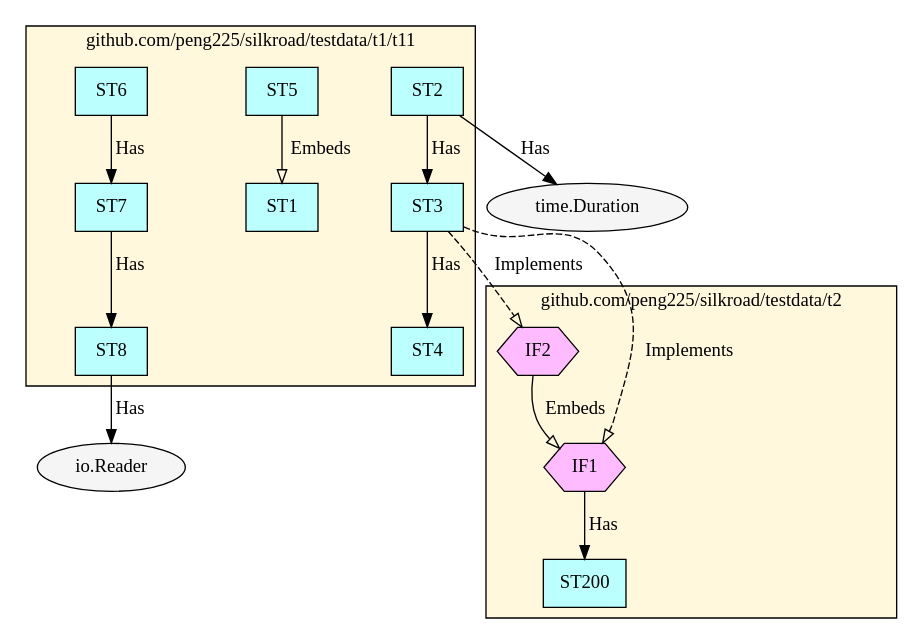
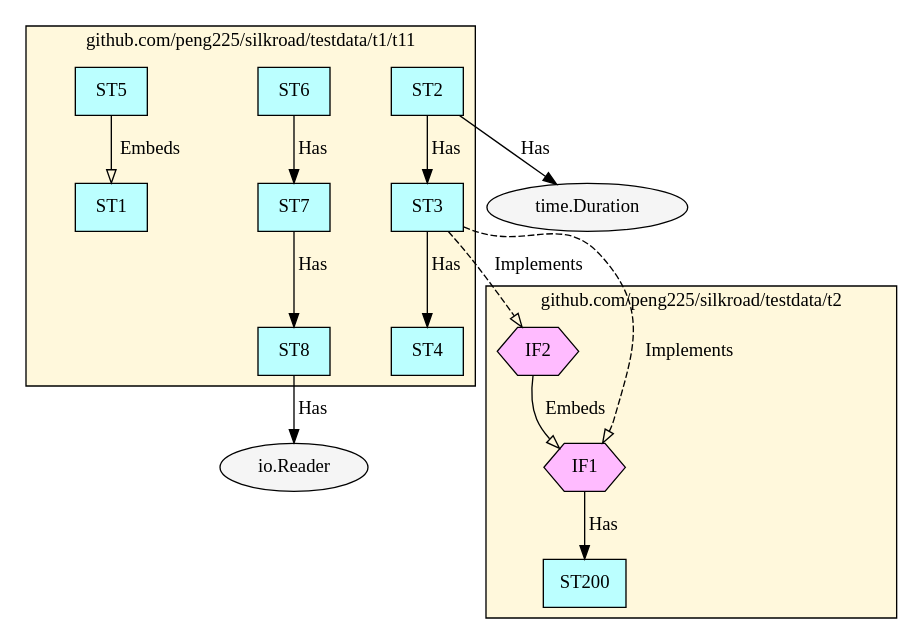
The diagram in test3.dot (peng225/silkroad), drawn with Graphviz before and after one commit. The commit also changed other lines of this file and 5 other files, not shown here.

```diff
--- a/test3.dot
+++ b/test3.dot
@@ -1,35 +1,35 @@
 digraph G {
 node[style="filled" fillcolor="whitesmoke"]
 subgraph cluster_github_com_peng225_silkroad_testdata_t2 {
   label = "github.com/peng225/silkroad/testdata/t2";
   style = "solid";
   bgcolor = "cornsilk";
   "github.com/peng225/silkroad/testdata/t2.ST200" [label="ST200" shape="rect" fillcolor="paleturquoise1"];
   "github.com/peng225/silkroad/testdata/t2.IF1" [label="IF1" shape="hexagon" fillcolor="plum1"];
   "github.com/peng225/silkroad/testdata/t2.IF2" [label="IF2" shape="hexagon" fillcolor="plum1"];
 }
 subgraph cluster_github_com_peng225_silkroad_testdata_t1_t11 {
   label = "github.com/peng225/silkroad/testdata/t1/t11";
   style = "solid";
   bgcolor = "cornsilk";
+  "github.com/peng225/silkroad/testdata/t1/t11.ST6" [label="ST6" shape="rect" fillcolor="paleturquoise1"];
   "github.com/peng225/silkroad/testdata/t1/t11.ST7" [label="ST7" shape="rect" fillcolor="paleturquoise1"];
   "github.com/peng225/silkroad/testdata/t1/t11.ST8" [label="ST8" shape="rect" fillcolor="paleturquoise1"];
   "github.com/peng225/silkroad/testdata/t1/t11.ST1" [label="ST1" shape="rect" fillcolor="paleturquoise1"];
   "github.com/peng225/silkroad/testdata/t1/t11.ST2" [label="ST2" shape="rect" fillcolor="paleturquoise1"];
   "github.com/peng225/silkroad/testdata/t1/t11.ST3" [label="ST3" shape="rect" fillcolor="paleturquoise1"];
   "github.com/peng225/silkroad/testdata/t1/t11.ST4" [label="ST4" shape="rect" fillcolor="paleturquoise1"];
   "github.com/peng225/silkroad/testdata/t1/t11.ST5" [label="ST5" shape="rect" fillcolor="paleturquoise1"];
-  "github.com/peng225/silkroad/testdata/t1/t11.ST6" [label="ST6" shape="rect" fillcolor="paleturquoise1"];
 }
+"github.com/peng225/silkroad/testdata/t1/t11.ST5" -> "github.com/peng225/silkroad/testdata/t1/t11.ST1" [label="Embeds" arrowhead="empty" style="solid"];
+"github.com/peng225/silkroad/testdata/t1/t11.ST6" -> "github.com/peng225/silkroad/testdata/t1/t11.ST7" [label="Has" arrowhead="normal" style="solid"];
+"github.com/peng225/silkroad/testdata/t1/t11.ST7" -> "github.com/peng225/silkroad/testdata/t1/t11.ST8" [label="Has" arrowhead="normal" style="solid"];
 "github.com/peng225/silkroad/testdata/t1/t11.ST8" -> "io.Reader" [label="Has" arrowhead="normal" style="solid"];
 "github.com/peng225/silkroad/testdata/t2.IF1" -> "github.com/peng225/silkroad/testdata/t2.ST200" [label="Has" arrowhead="normal" style="solid"];
 "github.com/peng225/silkroad/testdata/t2.IF2" -> "github.com/peng225/silkroad/testdata/t2.IF1" [label="Embeds" arrowhead="empty" style="solid"];
+"github.com/peng225/silkroad/testdata/t1/t11.ST2" -> "github.com/peng225/silkroad/testdata/t1/t11.ST3" [label="Has" arrowhead="normal" style="solid"];
 "github.com/peng225/silkroad/testdata/t1/t11.ST2" -> "time.Duration" [label="Has" arrowhead="normal" style="solid"];
-"github.com/peng225/silkroad/testdata/t1/t11.ST2" -> "github.com/peng225/silkroad/testdata/t1/t11.ST3" [label="Has" arrowhead="normal" style="solid"];
-"github.com/peng225/silkroad/testdata/t1/t11.ST3" -> "github.com/peng225/silkroad/testdata/t2.IF1" [label="Implements" arrowhead="empty" style="dashed"];
 "github.com/peng225/silkroad/testdata/t1/t11.ST3" -> "github.com/peng225/silkroad/testdata/t2.IF2" [label="Implements" arrowhead="empty" style="dashed"];
 "github.com/peng225/silkroad/testdata/t1/t11.ST3" -> "github.com/peng225/silkroad/testdata/t1/t11.ST4" [label="Has" arrowhead="normal" style="solid"];
-"github.com/peng225/silkroad/testdata/t1/t11.ST5" -> "github.com/peng225/silkroad/testdata/t1/t11.ST1" [label="Embeds" arrowhead="empty" style="solid"];
-"github.com/peng225/silkroad/testdata/t1/t11.ST6" -> "github.com/peng225/silkroad/testdata/t1/t11.ST7" [label="Has" arrowhead="normal" style="solid"];
-"github.com/peng225/silkroad/testdata/t1/t11.ST7" -> "github.com/peng225/silkroad/testdata/t1/t11.ST8" [label="Has" arrowhead="normal" style="solid"];
+"github.com/peng225/silkroad/testdata/t1/t11.ST3" -> "github.com/peng225/silkroad/testdata/t2.IF1" [label="Implements" arrowhead="empty" style="dashed"];
 }
```
